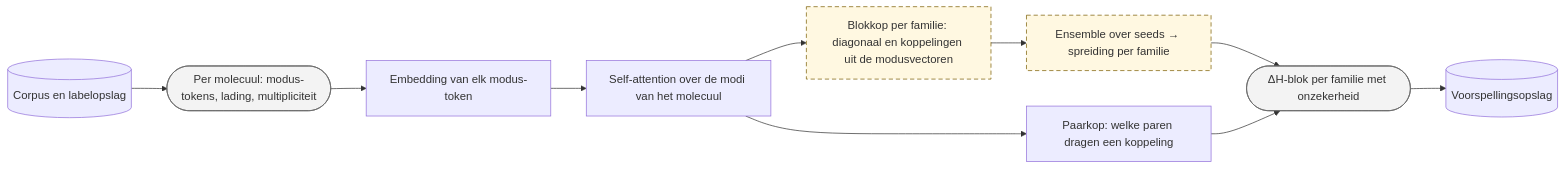
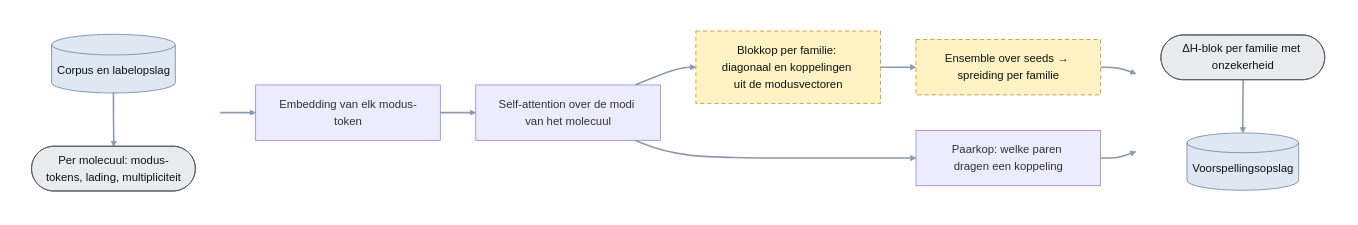
One commit to thebreadishard/udacity-capstone-plan changed the diagram in plans/05_delta-probed-ir-pipeline/GoalGathering/architecture/40_netwerk_componenten.mmd. Above: the diagram before and after it, drawn with Mermaid. The commit also changed 7 other files, not shown here.

Commit message:
Plan 05 architecture: stores drawn under their data objects, thicker link lines for dark mode, store/ext colours; two research-process sheets (pipeline B: anchor, M2, decks, (T)-port; pipeline A: curves, E-series, E6, Stage 1, licence loop); index with legend

```diff
--- a/plans/05_delta-probed-ir-pipeline/GoalGathering/architecture/40_netwerk_componenten.mmd
+++ b/plans/05_delta-probed-ir-pipeline/GoalGathering/architecture/40_netwerk_componenten.mmd
@@ -1,18 +1,30 @@
 %% Doelarchitectuur — Componenten van het netwerk (niveau 4). Grotendeels nog niet gebouwd.
-%% Rechthoek = processtap; ronde uiteinden = data-object; cilinder = opslag. Gestippeld = nog niet gebouwd.
+%% Rechthoek = processtap; ronde uiteinden = data-object; cilinder = opslag (onder het data-object). Gestippeld = nog niet gebouwd.
 flowchart LR
-  classDef planned stroke-dasharray: 6 4,stroke:#7a5c00,fill:#fff8e1
-  classDef data fill:#f3f3f3,stroke:#666
+  linkStyle default stroke:#8a9bb0,stroke-width:2.2px
+  classDef planned stroke-dasharray: 6 4,stroke:#b8860b,fill:#fff3c4,color:#111
+  classDef data fill:#e9ecef,stroke:#555,color:#111
+  classDef store fill:#dfe7f2,stroke:#5b7a99,color:#111
 
-  CORPUS[("Corpus en labelopslag")]
-  IN(["Per molecuul: modus-tokens, lading, multipliciteit"]):::data
+  subgraph IN [" "]
+    direction TB
+    INP(["Per molecuul: modus-tokens, lading, multipliciteit"]):::data
+    CORPUS[("Corpus en labelopslag")]:::store
+    CORPUS --> INP
+  end
   EMB["Embedding van elk modus-token"]
   ENC["Self-attention over de modi van het molecuul"]
   BLK["Blokkop per familie: diagonaal en koppelingen uit de modusvectoren"]:::planned
   PAIR["Paarkop: welke paren dragen een koppeling"]
   UNC["Ensemble over seeds → spreiding per familie"]:::planned
-  OUTB(["ΔH-blok per familie met onzekerheid"]):::data
-  STORE[("Voorspellingsopslag")]
+  subgraph OUT [" "]
+    direction TB
+    OUTB(["ΔH-blok per familie met onzekerheid"]):::data
+    STORE[("Voorspellingsopslag")]:::store
+    OUTB --> STORE
+  end
+  style IN fill:none,stroke:none
+  style OUT fill:none,stroke:none
 
-  CORPUS --> IN --> EMB --> ENC --> BLK --> UNC --> OUTB --> STORE
+  INP --> EMB --> ENC --> BLK --> UNC --> OUTB
   ENC --> PAIR --> OUTB
```
